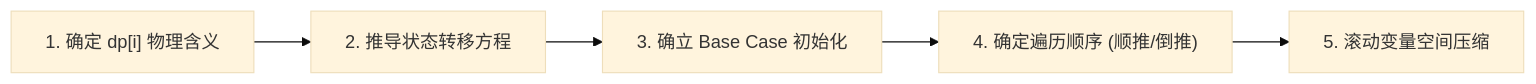
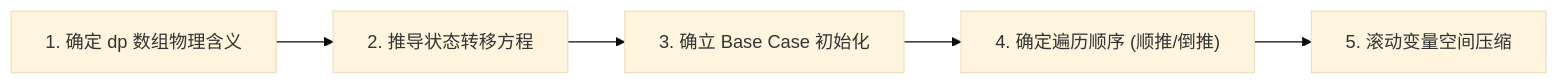
The third of 3 diagrams in 30-算法与数据结构/02-算法思想/09-动态规划入门.md (GuoWWWX/knowledge-base), drawn with Mermaid (base theme) before and after one commit. The commit also changed other lines of this file and 251 other files, not shown here.

````diff
--- a/30-算法与数据结构/02-算法思想/09-动态规划入门.md
+++ b/30-算法与数据结构/02-算法思想/09-动态规划入门.md
@@ -38,7 +68,7 @@
 ```mermaid
 flowchart LR
-    Step1["1. 确定 dp[i] 物理含义"] --> Step2["2. 推导状态转移方程"]
+    Step1["1. 确定 dp 数组物理含义"] --> Step2["2. 推导状态转移方程"]
     Step2 --> Step3["3. 确立 Base Case 初始化"]
     Step3 --> Step4["4. 确定遍历顺序 (顺推/倒推)"]
     Step4 --> Step5["5. 滚动变量空间压缩"]
 ```
````
